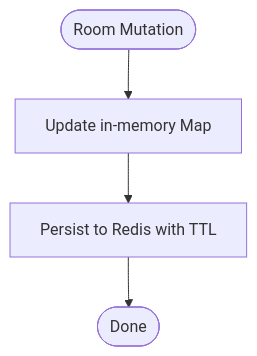
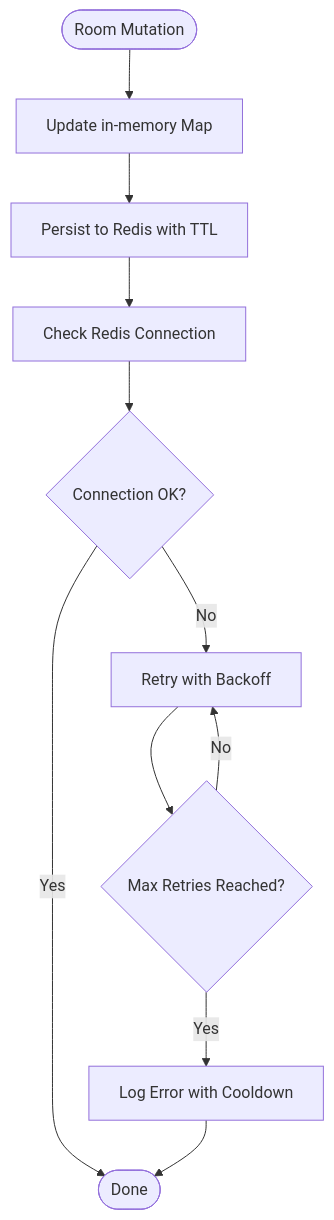
Before and after one commit to dkoukoul/escape-room-mvp: the sixth of 11 diagrams in .qoder/repowiki/en/content/Data Management/Data Management.md, drawn with Mermaid. The commit also changed other lines of this file and 21 other files, not shown here.

````diff
--- a/.qoder/repowiki/en/content/Data Management/Data Management.md
+++ b/.qoder/repowiki/en/content/Data Management/Data Management.md
@@ -280,6 +300,13 @@
 ```mermaid
 flowchart TD
 Start(["Room Mutation"]) --> UpdateMem["Update in-memory Map"]
 UpdateMem --> PersistRedis["Persist to Redis with TTL"]
-PersistRedis --> Done(["Done"])
+PersistRedis --> CheckConn["Check Redis Connection"]
+CheckConn --> ConnOK{"Connection OK?"}
+ConnOK --> |Yes| Done(["Done"])
+ConnOK --> |No| Retry["Retry with Backoff"]
+Retry --> MaxRetries{"Max Retries Reached?"}
+MaxRetries --> |No| Retry
+MaxRetries --> |Yes| Error["Log Error with Cooldown"]
+Error --> Done
 ```
````
